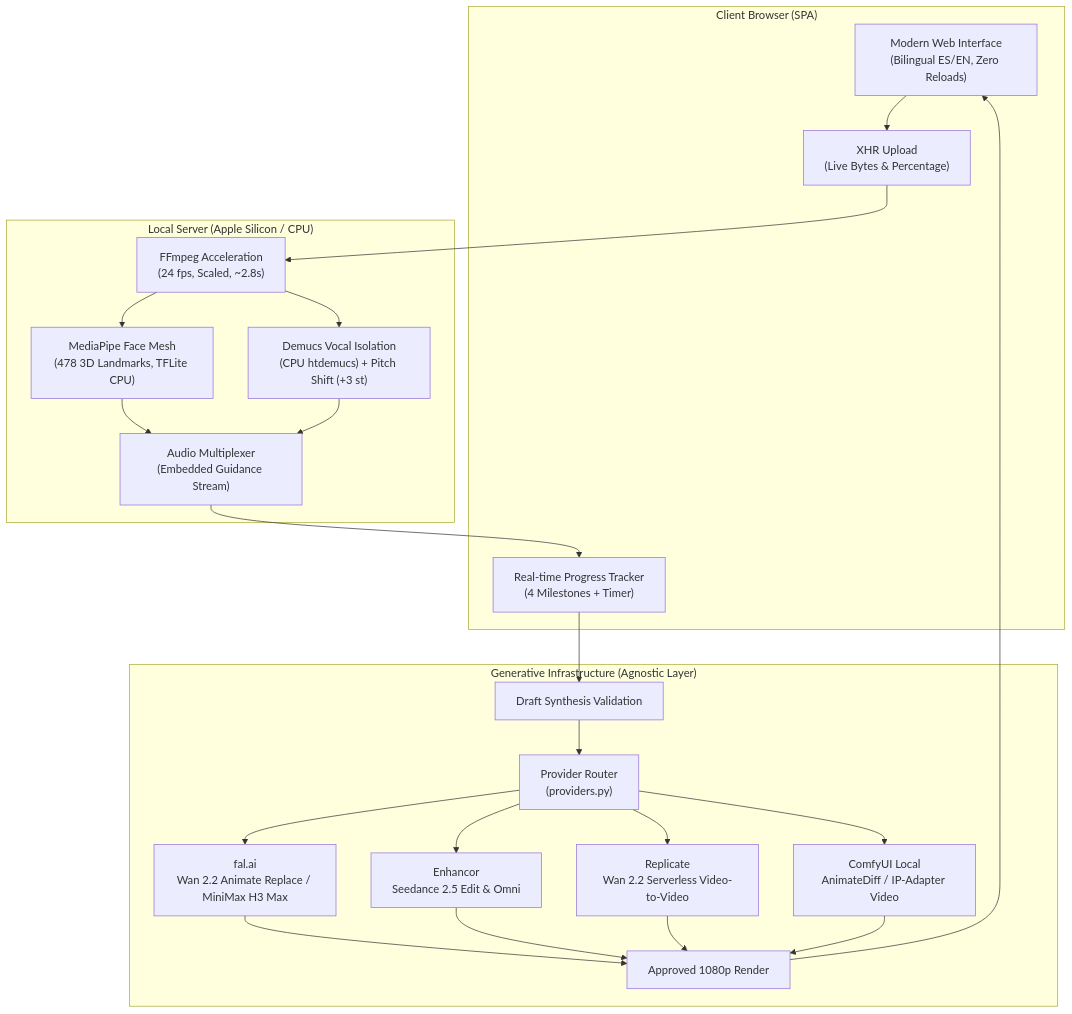
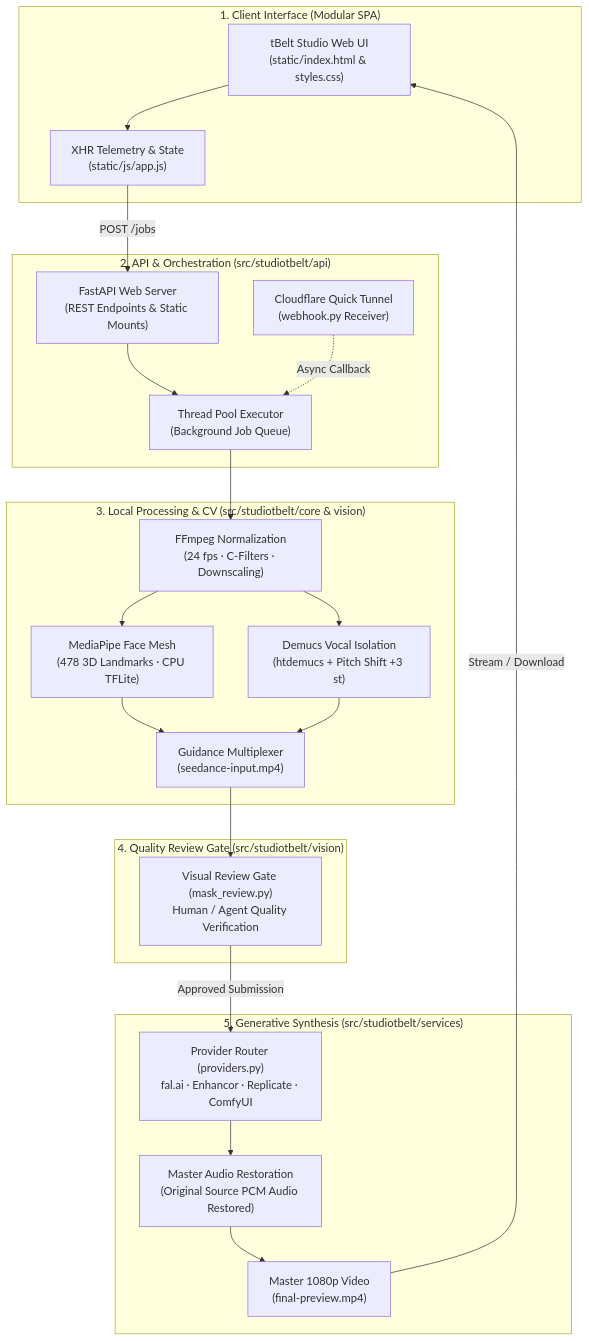
One commit to tBeltty/studiotbelt changed the diagram in docs/ARCHITECTURE.md. Above: the diagram before and after it, drawn with Mermaid. The commit also changed other lines of this file and 42 other files, not shown here.

First line of the commit message:
refactor: package backend into src layout and modularize client assets

````diff
--- a/docs/ARCHITECTURE.md
+++ b/docs/ARCHITECTURE.md
@@ -11,35 +11,45 @@
 ```mermaid
 flowchart TD
-    subgraph Client ["Client Browser (SPA)"]
-        UI["Modern Web Interface\n(Bilingual ES/EN, Zero Reloads)"]
-        Upload["XHR Upload\n(Live Bytes & Percentage)"]
-        Tracker["Real-time Progress Tracker\n(4 Milestones + Timer)"]
+    subgraph Client ["1. Client Interface (Modular SPA)"]
+        UI["tBelt Studio Web UI<br/>(static/index.html & styles.css)"]
+        Upload["XHR Telemetry & State<br/>(static/js/app.js)"]
     end
 
-    subgraph Local ["Local Server (Apple Silicon / CPU)"]
-        Norm["FFmpeg Acceleration\n(24 fps, Scaled, ~2.8s)"]
-        Mesh["MediaPipe Face Mesh\n(478 3D Landmarks, TFLite CPU)"]
-        Audio["Demucs Vocal Isolation\n(CPU htdemucs) + Pitch Shift (+3 st)"]
-        Mux["Audio Multiplexer\n(Embedded Guidance Stream)"]
+    subgraph API ["2. API & Orchestration (src/studiotbelt/api)"]
+        FastAPI["FastAPI Web Server<br/>(REST Endpoints & Static Mounts)"]
+        Workers["Thread Pool Executor<br/>(Background Job Queue)"]
+        Tunnel["Cloudflare Quick Tunnel<br/>(webhook.py Receiver)"]
     end
 
-    subgraph Cloud ["Generative Infrastructure (Agnostic Layer)"]
-        Router["Provider Router\n(providers.py)"]
-        Fal["fal.ai\nWan 2.2 Animate Replace / MiniMax H3 Max"]
-        Enhancor["Enhancor\nSeedance 2.5 Edit & Omni"]
-        Replicate["Replicate\nWan 2.2 Serverless Video-to-Video"]
-        Comfy["ComfyUI Local\nAnimateDiff / IP-Adapter Video"]
-        Draft["Draft Synthesis Validation"]
-        HD["Approved 1080p Render"]
+    subgraph LocalEngine ["3. Local Processing & CV (src/studiotbelt/core & vision)"]
+        Normalize["FFmpeg Normalization<br/>(24 fps · C-Filters · Downscaling)"]
+        Mesh["MediaPipe Face Mesh<br/>(478 3D Landmarks · CPU TFLite)"]
+        Audio["Demucs Vocal Isolation<br/>(htdemucs + Pitch Shift +3 st)"]
+        Mux["Guidance Multiplexer<br/>(seedance-input.mp4)"]
     end
 
-    UI --> Upload --> Norm
-    Norm --> Mesh
-    Norm --> Audio
-    Mesh & Audio --> Mux
-    Mux --> Tracker
-    Tracker --> Draft --> Router
-    Router --> Fal & Enhancor & Replicate & Comfy
-    Fal & Enhancor & Replicate & Comfy --> HD
-    HD --> UI
+    subgraph Gate ["4. Quality Review Gate (src/studiotbelt/vision)"]
+        ReviewGate["Visual Review Gate (mask_review.py)<br/>Human / Agent Quality Verification"]
+    end
+
+    subgraph CloudLayer ["5. Generative Synthesis (src/studiotbelt/services)"]
+        Router["Provider Router (providers.py)<br/>fal.ai · Enhancor · Replicate · ComfyUI"]
+        Restoration["Master Audio Restoration<br/>(Original Source PCM Audio Restored)"]
+        Output["Master 1080p Video<br/>(final-preview.mp4)"]
+    end
+
+    UI --> Upload
+    Upload -->|POST /jobs| FastAPI
+    FastAPI --> Workers
+    Tunnel -.->|Async Callback| Workers
+    Workers --> Normalize
+    Normalize --> Mesh
+    Normalize --> Audio
+    Mesh --> Mux
+    Audio --> Mux
+    Mux --> ReviewGate
+    ReviewGate -->|Approved Submission| Router
+    Router --> Restoration
+    Restoration --> Output
+    Output -->|Stream / Download| UI
 ```
````
